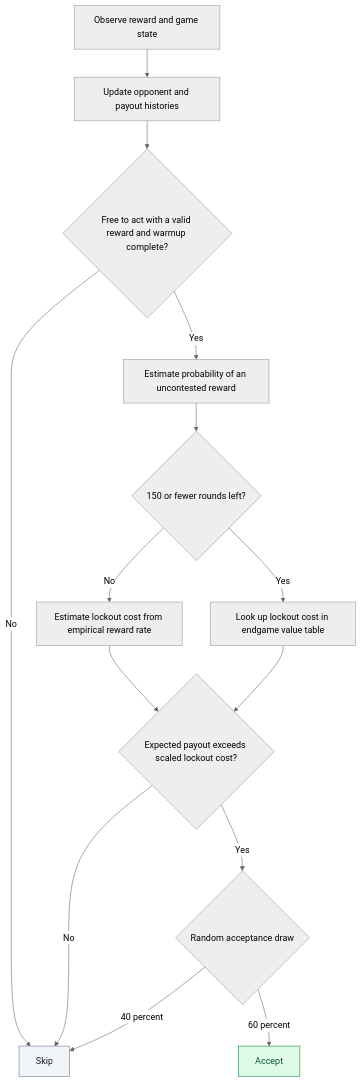
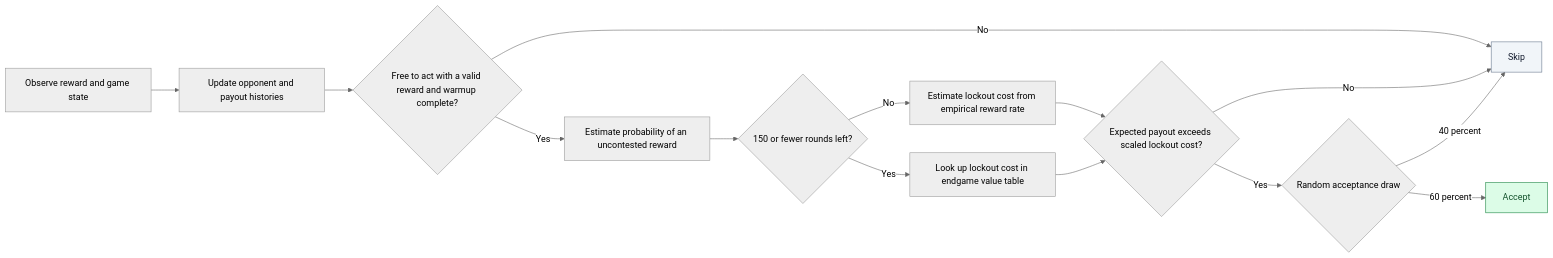
Before and after one commit to Giulio-grt/G-Research_trading_game: the diagram in README.md, drawn with Mermaid (neutral theme). The commit also changed other lines of this file, not shown here.

````diff
--- a/README.md
+++ b/README.md
@@ -32,21 +25,21 @@
 ```mermaid
-flowchart TD
+flowchart LR
     A["Observe reward and game state"] --> B["Update opponent and payout histories"]
     B --> C{"Free to act with a valid reward and warmup complete?"}
     C -->|No| S["Skip"]
     C -->|Yes| D["Estimate probability of an uncontested reward"]
     D --> E{"150 or fewer rounds left?"}
     E -->|No| F["Estimate lockout cost from empirical reward rate"]
     E -->|Yes| G["Look up lockout cost in endgame value table"]
     F --> H{"Expected payout exceeds scaled lockout cost?"}
     G --> H
     H -->|No| S
     H -->|Yes| I{"Random acceptance draw"}
     I -->|"60 percent"| Y["Accept"]
     I -->|"40 percent"| S
 
     classDef accept fill:#dcfce7,stroke:#15803d,color:#14532d;
     classDef skip fill:#f1f5f9,stroke:#64748b,color:#0f172a;
     class Y accept;
     class S skip;
 ```
````
